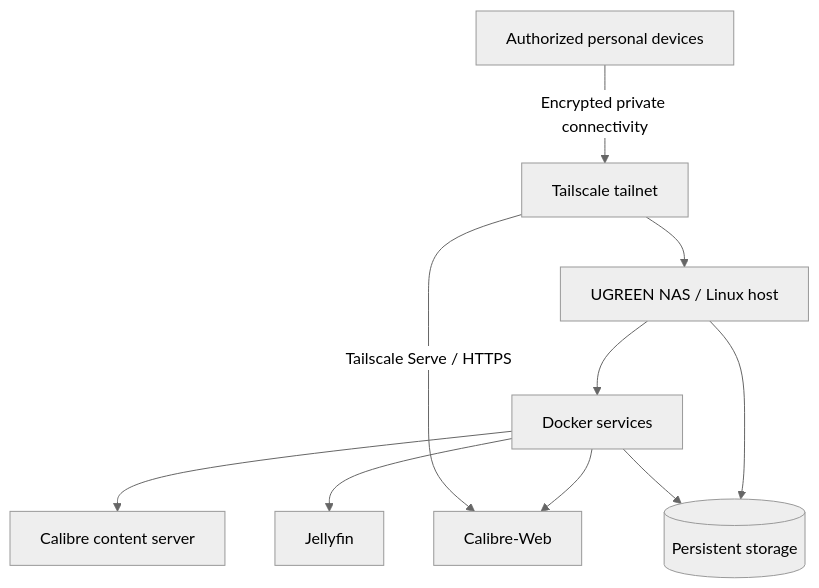
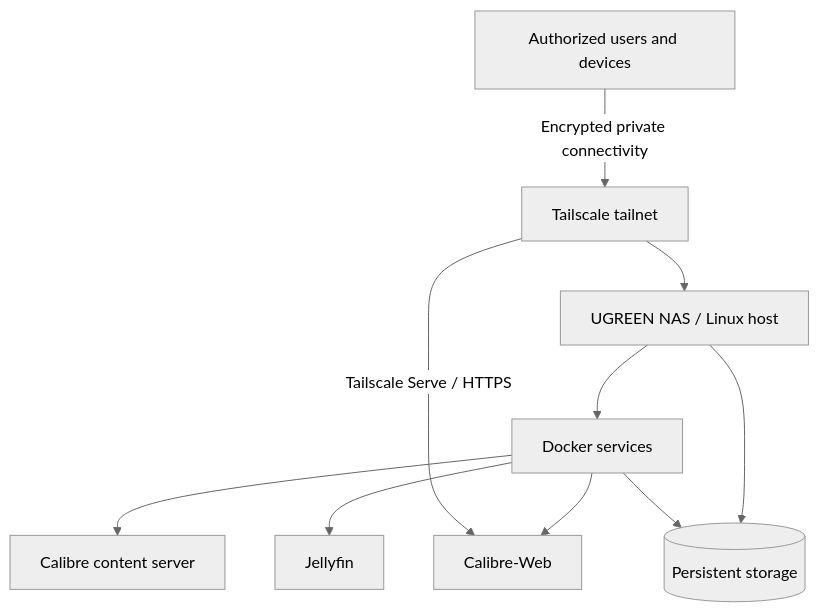
The diagram in README.md (lux042/homelab), drawn with Mermaid (neutral theme) before and after one commit. The commit also changed other lines of this file, not shown here.

````diff
--- a/README.md
+++ b/README.md
@@ -37,12 +37,12 @@
 ```mermaid
 flowchart TD
-    Devices[Authorized personal devices] -->|Encrypted private connectivity| Tail[Tailscale tailnet]
+    Devices[Authorized users and devices] -->|Encrypted private connectivity| Tail[Tailscale tailnet]
     Tail --> NAS[UGREEN NAS / Linux host]
     NAS --> Docker[Docker services]
     Docker --> Calibre[Calibre content server]
     Docker --> Web[Calibre-Web]
     Docker --> Jellyfin[Jellyfin]
     Tail -->|Tailscale Serve / HTTPS| Web
     NAS --> Storage[(Persistent storage)]
     Docker --> Storage
 ```
````
